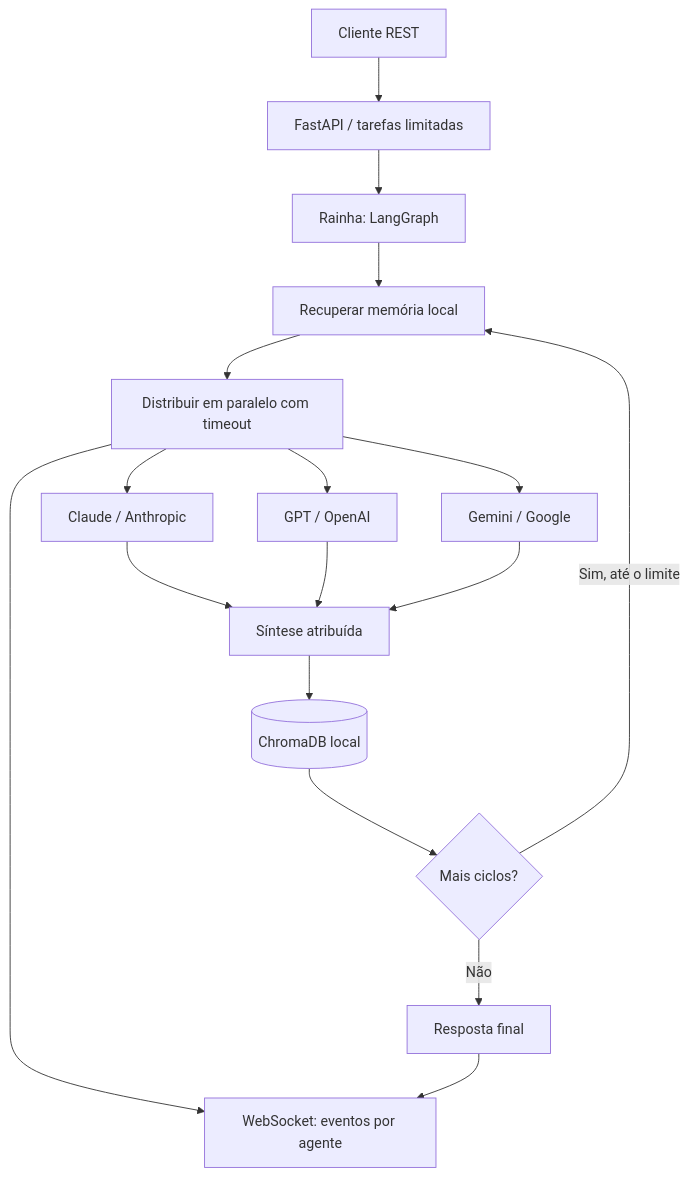
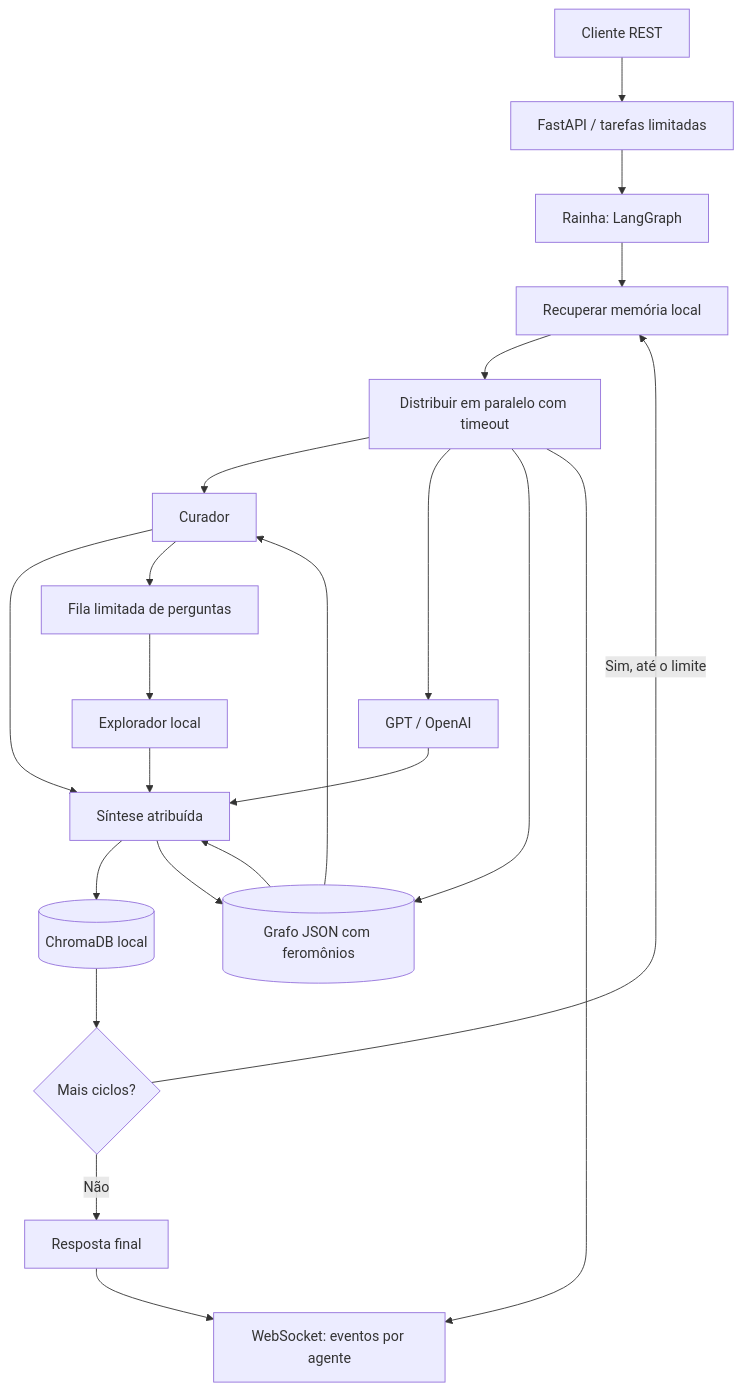
Before and after one commit to rh4y279jh7-hue/please-review-my-code-with-a: the diagram in README.md, drawn with Mermaid. The commit also changed other lines of this file and 16 other files, not shown here.

````diff
--- a/README.md
+++ b/README.md
@@ -15,19 +15,24 @@
 ```mermaid
 flowchart TD
     U[Cliente REST] --> API[FastAPI / tarefas limitadas]
     API --> Q[Rainha: LangGraph]
     Q --> R[Recuperar memória local]
     R --> D[Distribuir em paralelo com timeout]
     D --> C[Claude / Anthropic]
     D --> O[GPT / OpenAI]
     D --> G[Gemini / Google]
     C --> S[Síntese atribuída]
     O --> S
     G --> S
     S --> M[(ChromaDB local)]
     M --> F{Mais ciclos?}
     F -->|Sim, até o limite| R
     F -->|Não| A[Resposta final]
     D --> W[WebSocket: eventos por agente]
     A --> W
+    E[Explorador local] --> S
+    S --> G[(Grafo JSON com feromônios)]
+    G --> C[Curador]
+    C --> QF[Fila limitada de perguntas]
+    QF --> E
 ```
````
